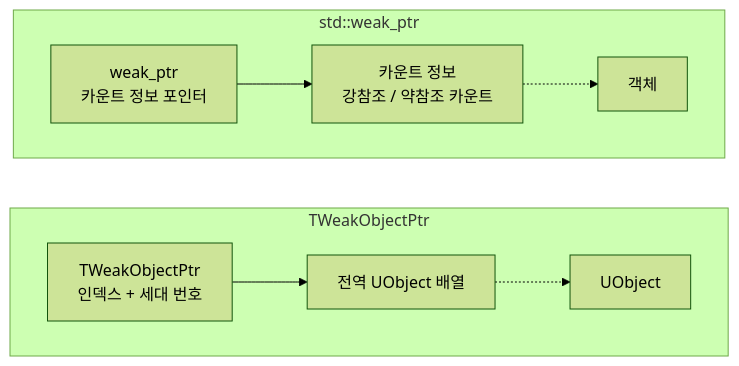
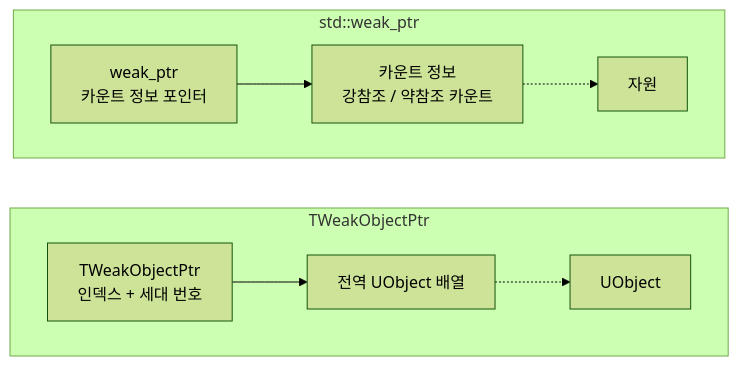
One commit to skamo3/skamo3.github.io changed the second of 2 diagrams in _posts/2026-08-13-cpp-unreal-smart-pointers.md. Above: the diagram before and after it, drawn with Mermaid (forest theme). The commit also changed other lines of this file, not shown here.

```diff
--- a/_posts/2026-08-13-cpp-unreal-smart-pointers.md
+++ b/_posts/2026-08-13-cpp-unreal-smart-pointers.md
@@ -156,12 +169,12 @@
 <pre class="mermaid">
 flowchart TD
     subgraph STD["std::weak_ptr"]
         W["weak_ptr<br/>카운트 정보 포인터"] --> CB["카운트 정보<br/>강참조 / 약참조 카운트"]
-        CB -.-> OBJ["객체"]
+        CB -.-> OBJ["자원"]
     end
     subgraph UE["TWeakObjectPtr"]
         TW["TWeakObjectPtr<br/>인덱스 + 세대 번호"] --> ARR["전역 UObject 배열"]
         ARR -.-> UO["UObject"]
     end
     STD ~~~ UE
 </pre>
```
